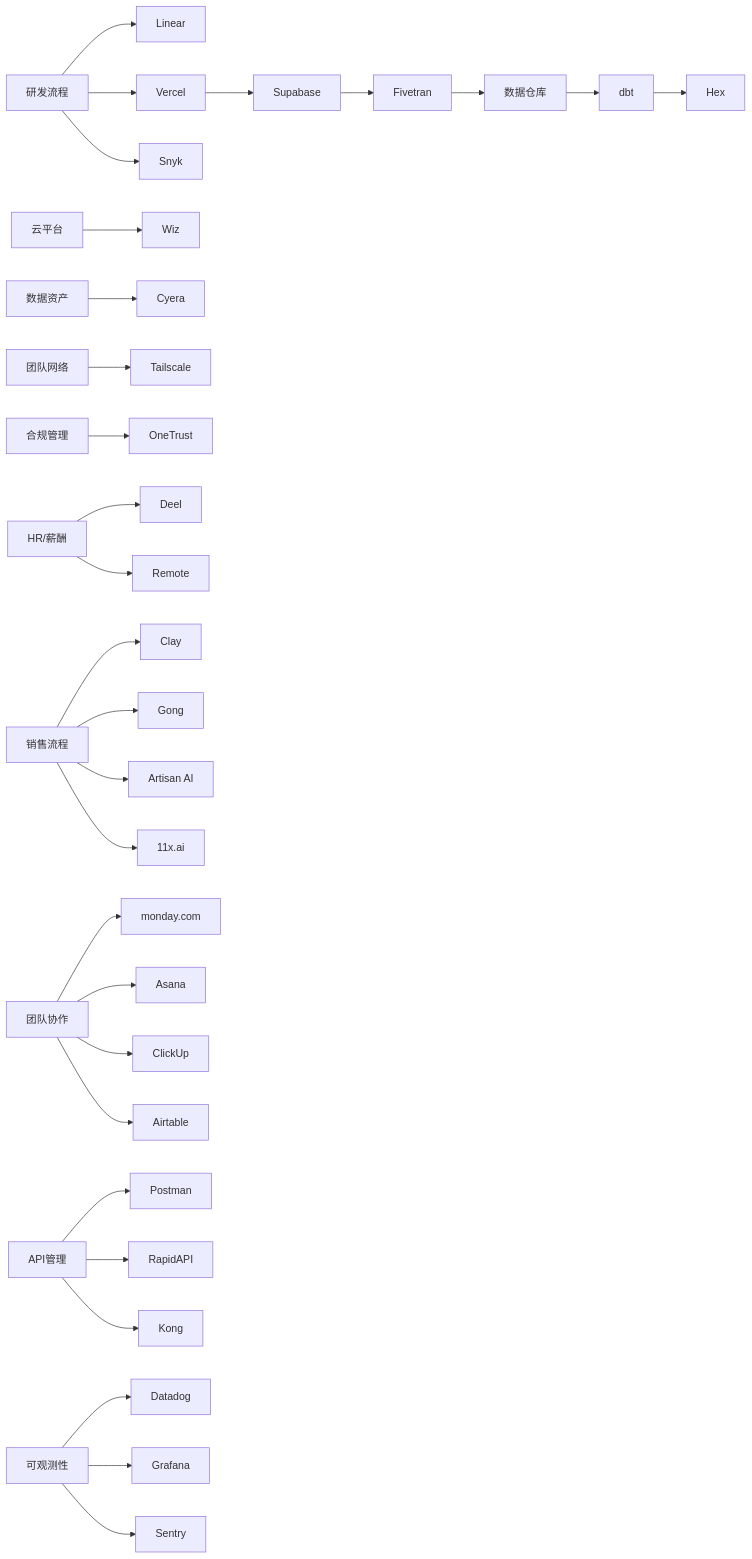
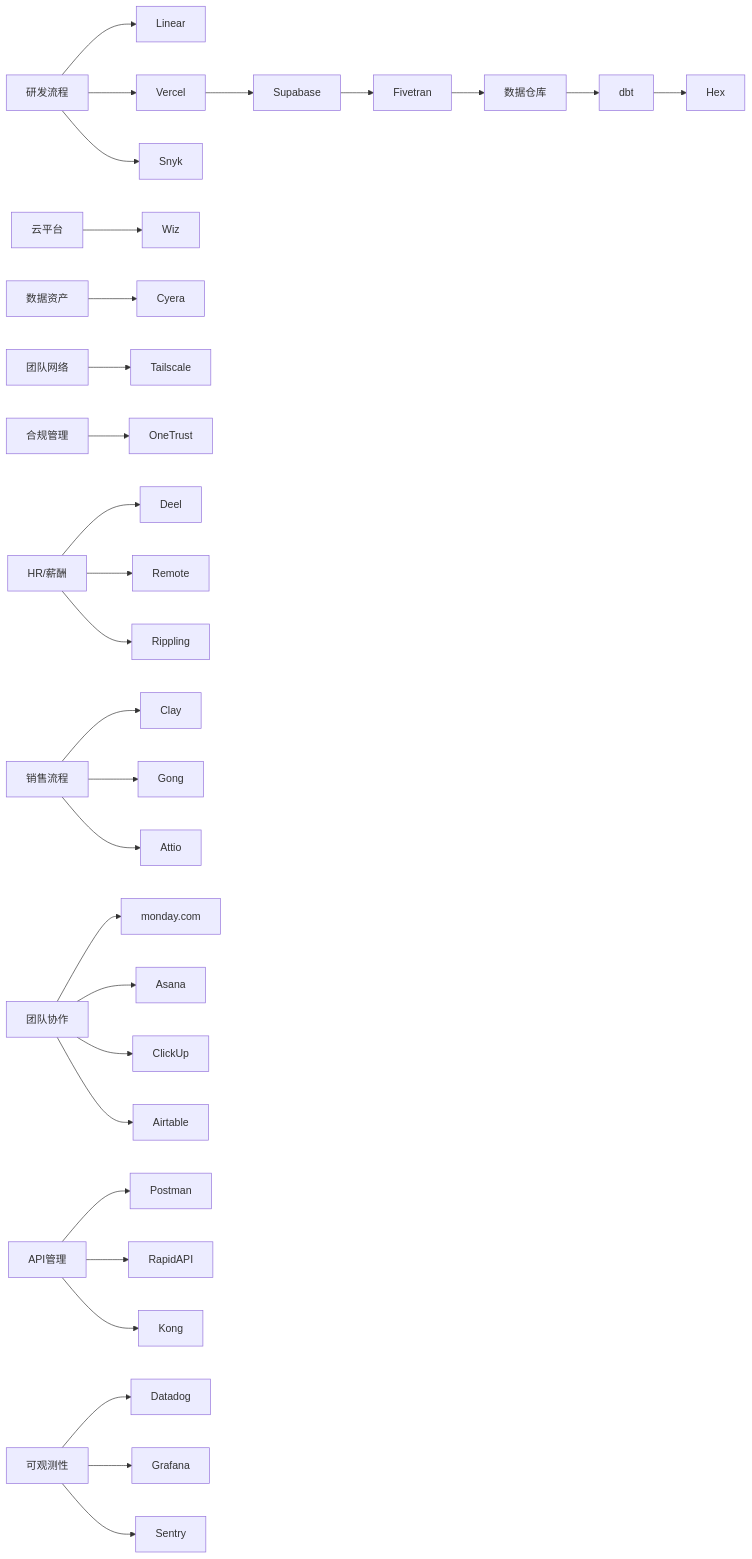
Before and after one commit to allengaller/awesome-startups: the third of 3 diagrams in .qoder/repowiki/zh/content/企业服务 _ 开发者工具/企业服务 _ 开发者工具.md, drawn with Mermaid. The commit also changed other lines of this file and 113 other files, not shown here.

````diff
--- a/.qoder/repowiki/zh/content/企业服务 _ 开发者工具/企业服务 _ 开发者工具.md
+++ b/.qoder/repowiki/zh/content/企业服务 _ 开发者工具/企业服务 _ 开发者工具.md
@@ -402,31 +317,31 @@
 ```mermaid
 graph LR
 Dev["研发流程"] --> Linear["Linear"]
 Dev --> Vercel["Vercel"]
 Vercel --> Supabase["Supabase"]
 Dev --> Snyk["Snyk"]
 Supabase --> Fivetran["Fivetran"]
 Fivetran --> DW["数据仓库"]
 DW --> dbt["dbt"]
 dbt --> Hex["Hex"]
 Cloud["云平台"] --> Wiz["Wiz"]
 Data["数据资产"] --> Cyera["Cyera"]
 Team["团队网络"] --> Tailscale["Tailscale"]
 Compliance["合规管理"] --> OneTrust["OneTrust"]
 HR["HR/薪酬"] --> Deel["Deel"]
 HR --> Remote["Remote"]
+HR --> Rippling["Rippling"]
 Sales["销售流程"] --> Clay["Clay"]
 Sales --> Gong["Gong"]
-Sales --> Artisan["Artisan AI"]
-Sales --> ElevenX["11x.ai"]
+Sales --> Attio["Attio"]
 Collab["团队协作"] --> Monday["monday.com"]
 Collab --> Asana["Asana"]
 Collab --> ClickUp["ClickUp"]
 Collab --> Airtable["Airtable"]
 API["API管理"] --> Postman["Postman"]
 API --> RapidAPI["RapidAPI"]
 API --> Kong["Kong"]
 Obs["可观测性"] --> Datadog["Datadog"]
 Obs --> Grafana["Grafana"]
 Obs --> Sentry["Sentry"]
 ```
````
